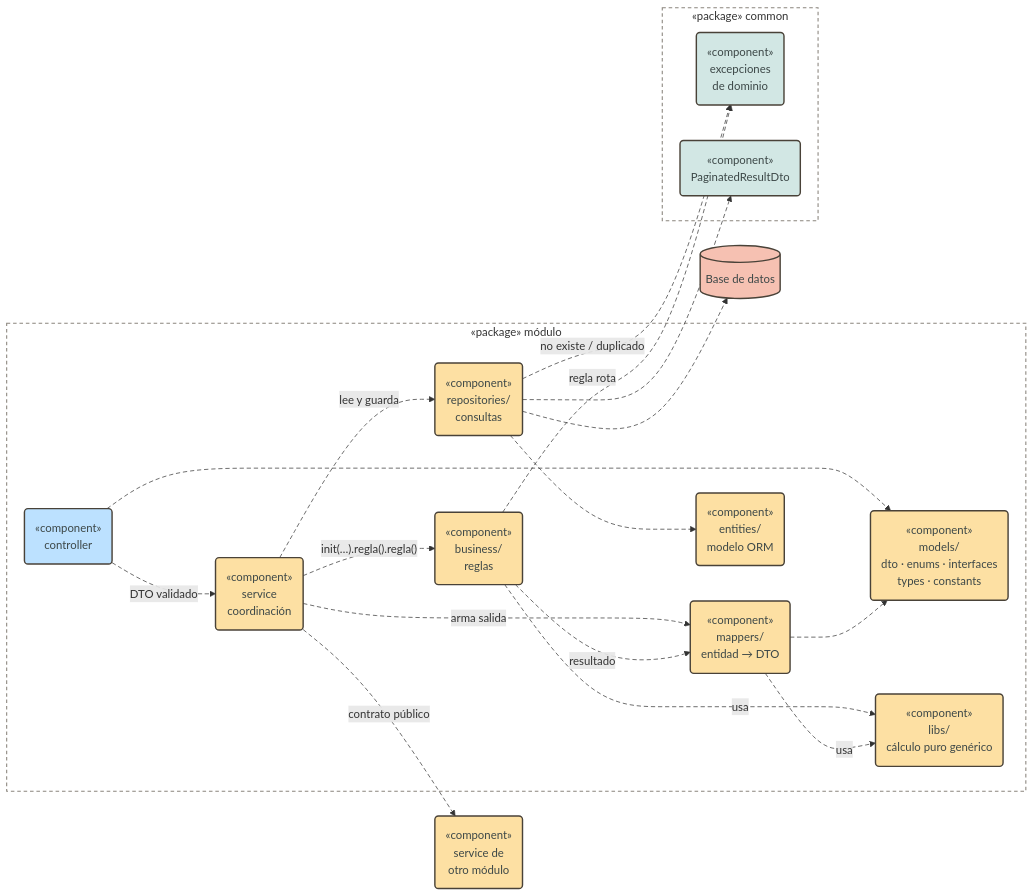
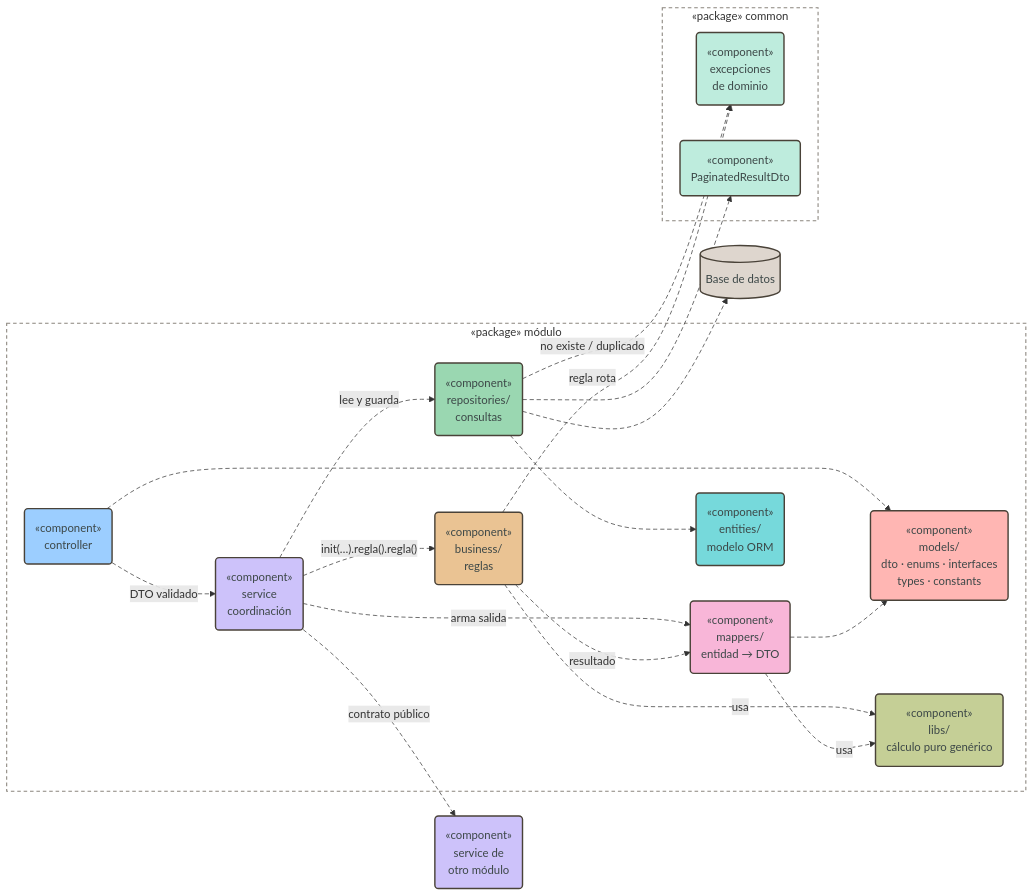
The third of 15 diagrams in docs/architecture/modular-microservice.md (pcarroza91/nest-template), drawn with Mermaid before and after one commit. The commit also changed other lines of this file and 2 other files, not shown here.

First line of the commit message:
docs(architecture): colores por capa y componente en los diagramas Mermaid

````diff
--- a/docs/architecture/modular-microservice.md
+++ b/docs/architecture/modular-microservice.md
@@ -332,47 +338,59 @@
 ```mermaid
 flowchart LR
     subgraph MOD["«package» módulo"]
         CTRL("«component»<br/>controller")
         DTO("«component»<br/>models/<br/>dto · enums · interfaces<br/>types · constants")
         SVC("«component»<br/>service<br/>coordinación")
         BIZ("«component»<br/>business/<br/>reglas")
         LIB("«component»<br/>libs/<br/>cálculo puro genérico")
         REPO("«component»<br/>repositories/<br/>consultas")
         MAP("«component»<br/>mappers/<br/>entidad → DTO")
         ENT("«component»<br/>entities/<br/>modelo ORM")
     end
     subgraph COMMON["«package» common"]
         EXC("«component»<br/>excepciones<br/>de dominio")
         PAG("«component»<br/>PaginatedResultDto")
     end
     OTHER("«component»<br/>service de<br/>otro módulo")
     DB[("Base de datos")]
 
     CTRL -- "DTO validado" --> SVC
     CTRL -.-> DTO
     SVC -- "lee y guarda" --> REPO
     SVC -- "init(…).regla().regla()" --> BIZ
     SVC -- "arma salida" --> MAP
     SVC -- "contrato público" --> OTHER
     BIZ -- "resultado" --> MAP
     BIZ -- "usa" --> LIB
     MAP -. "usa" .-> LIB
     REPO --> ENT
     REPO --> DB
     REPO -. "no existe / duplicado" .-> EXC
     BIZ -. "regla rota" .-> EXC
     REPO -.-> PAG
     MAP -.-> DTO
 
-    classDef entry fill:#bce1ff,stroke:#494238,stroke-width:2px,color:#3c4747
-    classDef domain fill:#fde0a3,stroke:#494238,stroke-width:2px,color:#3c4747
-    classDef shared fill:#d2e7e4,stroke:#494238,stroke-width:2px,color:#3c4747
-    classDef ext fill:#f6c1b2,stroke:#494238,stroke-width:2px,color:#3c4747
+    classDef common fill:#beecdd,stroke:#494238,stroke-width:2px,color:#3c4747
+    classDef infra fill:#ded6ce,stroke:#494238,stroke-width:2px,color:#3c4747
+    classDef controller fill:#9cceff,stroke:#494238,stroke-width:2px,color:#3c4747
+    classDef service fill:#cdc2fa,stroke:#494238,stroke-width:2px,color:#3c4747
+    classDef business fill:#eac393,stroke:#494238,stroke-width:2px,color:#3c4747
+    classDef libs fill:#c5cf96,stroke:#494238,stroke-width:2px,color:#3c4747
+    classDef repository fill:#9ad7b1,stroke:#494238,stroke-width:2px,color:#3c4747
+    classDef entity fill:#76d9db,stroke:#494238,stroke-width:2px,color:#3c4747
+    classDef mapper fill:#f8b6d8,stroke:#494238,stroke-width:2px,color:#3c4747
+    classDef models fill:#ffb6b3,stroke:#494238,stroke-width:2px,color:#3c4747
     classDef pkg fill:transparent,stroke:#8a857d,stroke-width:1.5px,stroke-dasharray:5 4
-    class CTRL entry
-    class DTO,SVC,BIZ,LIB,REPO,MAP,ENT,OTHER domain
-    class EXC,PAG shared
-    class DB ext
+    class EXC,PAG common
+    class DB infra
+    class CTRL controller
+    class SVC,OTHER service
+    class BIZ business
+    class LIB libs
+    class REPO repository
+    class ENT entity
+    class MAP mapper
+    class DTO models
     class MOD,COMMON pkg
     linkStyle default stroke-dasharray:6 4
 ```
````
